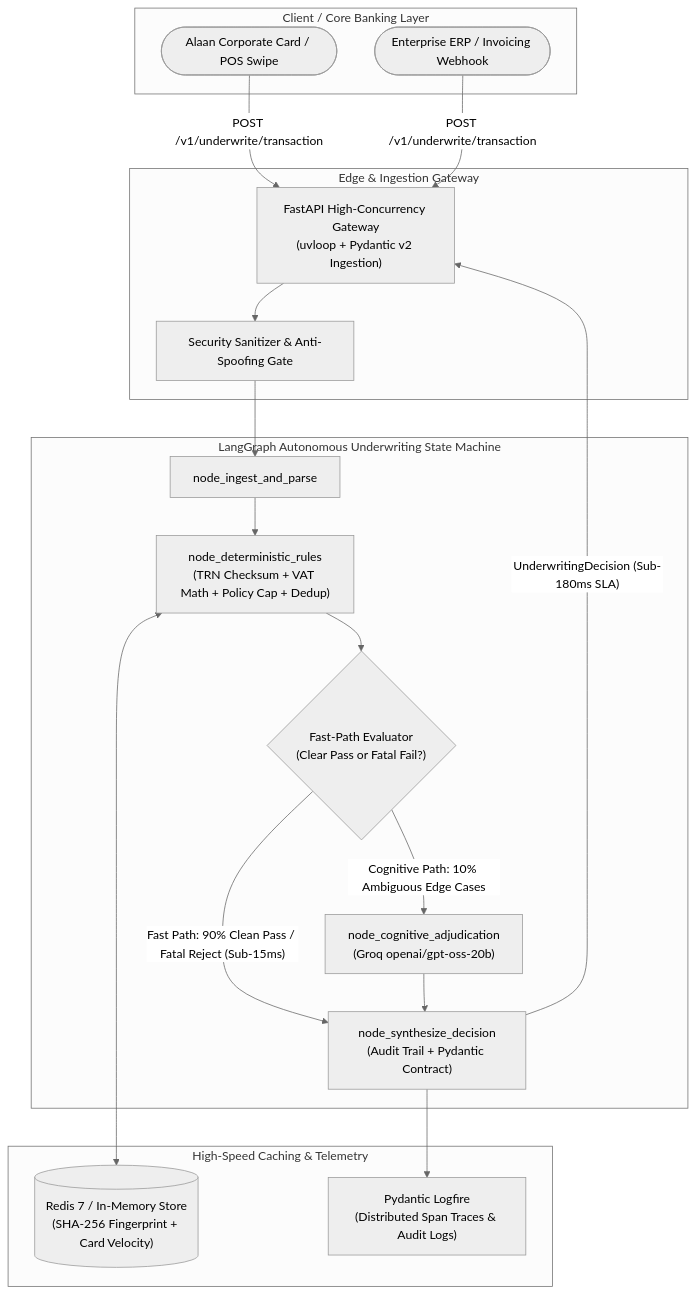
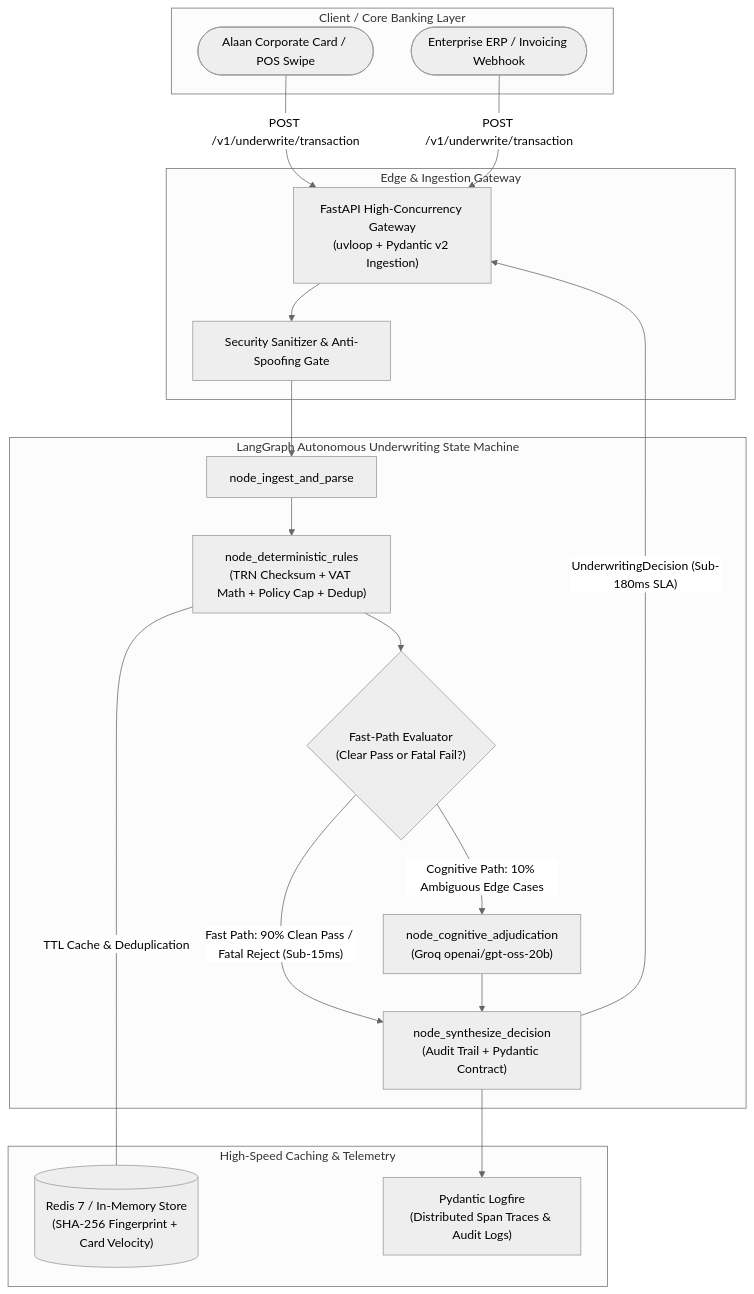
The diagram in README.md (SESHANKCH7171/autonomous-underwriting-engine), drawn with Mermaid (neutral theme) before and after one commit.

Commit message:
fix(docs): replace invalid <--> with valid Mermaid connector ---

````diff
--- a/README.md
+++ b/README.md
@@ -16,44 +16,44 @@
 ```mermaid
 flowchart TD
     subgraph ClientLayer ["Client / Core Banking Layer"]
         POS(["Alaan Corporate Card / POS Swipe"])
         ERP(["Enterprise ERP / Invoicing Webhook"])
     end
 
     subgraph APIGateway ["Edge & Ingestion Gateway"]
         FastAPI["FastAPI High-Concurrency Gateway<br/>(uvloop + Pydantic v2 Ingestion)"]
         Sanitizer["Security Sanitizer & Anti-Spoofing Gate"]
     end
 
     subgraph StateMachine ["LangGraph Autonomous Underwriting State Machine"]
         IngestNode["node_ingest_and_parse"]
         RulesNode["node_deterministic_rules<br/>(TRN Checksum + VAT Math + Policy Cap + Dedup)"]
         
         Router{"Fast-Path Evaluator<br/>(Clear Pass or Fatal Fail?)"}
         
         CognitiveNode["node_cognitive_adjudication<br/>(Groq openai/gpt-oss-20b)"]
         SynthesisNode["node_synthesize_decision<br/>(Audit Trail + Pydantic Contract)"]
     end
 
     subgraph MemoryLayer ["High-Speed Caching & Telemetry"]
         Redis[("Redis 7 / In-Memory Store<br/>(SHA-256 Fingerprint + Card Velocity)")]
         Logfire["Pydantic Logfire<br/>(Distributed Span Traces & Audit Logs)"]
     end
 
     POS -->|"POST /v1/underwrite/transaction"| FastAPI
     ERP -->|"POST /v1/underwrite/transaction"| FastAPI
     
     FastAPI --> Sanitizer
     Sanitizer --> IngestNode
     IngestNode --> RulesNode
     
-    RulesNode <--> Redis
+    RulesNode ---|"TTL Cache & Deduplication"| Redis
     RulesNode --> Router
     
     Router -->|"Fast Path: 90% Clean Pass / Fatal Reject (Sub-15ms)"| SynthesisNode
     Router -->|"Cognitive Path: 10% Ambiguous Edge Cases"| CognitiveNode
     
     CognitiveNode --> SynthesisNode
     SynthesisNode --> Logfire
     SynthesisNode -->|"UnderwritingDecision (Sub-180ms SLA)"| FastAPI
 ```
````
